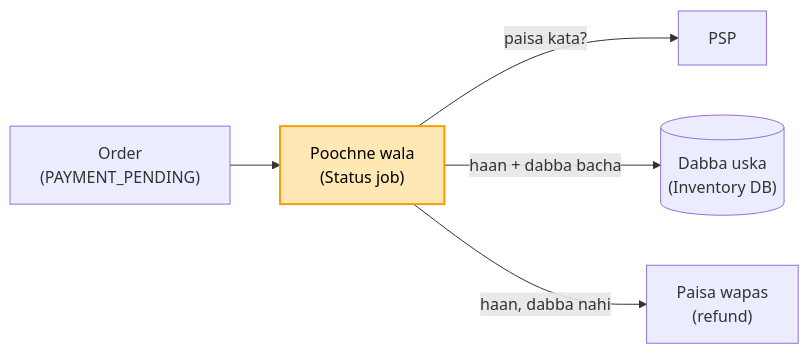
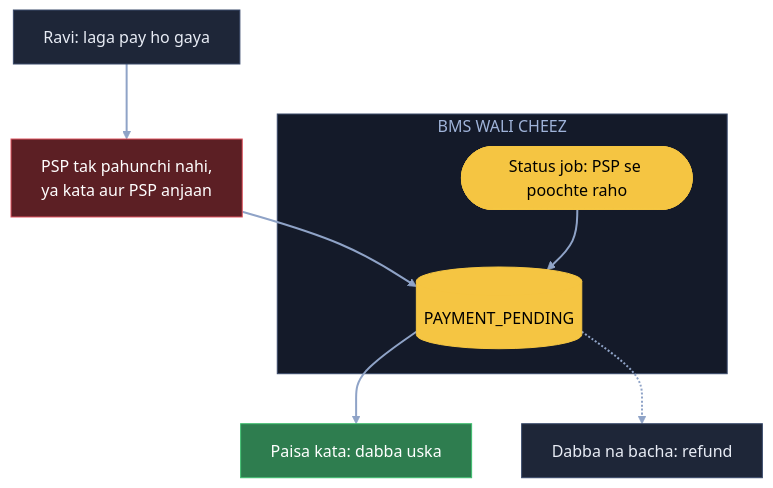
The seventh of 7 diagrams in 04_HLD/SYSTEM_DESIGNS/17_ecommerce/17_ecommerce.md (ArpanMaheshwari144/Prep), drawn with Mermaid before and after one commit. The commit also changed other lines of this file, not shown here.

Commit message:
E-commerce: 7 diagram hand notes ke shabdon se (mausi ka mart, godown / shelf, sale gate)

````diff
--- a/04_HLD/SYSTEM_DESIGNS/17_ecommerce/17_ecommerce.md
+++ b/04_HLD/SYSTEM_DESIGNS/17_ecommerce/17_ecommerce.md
@@ -192,8 +259,22 @@
 ```mermaid
-flowchart LR
-    O["Order<br/>(PAYMENT_PENDING)"] --> J["Poochne wala<br/>(Status job)"]
-    J -- "paisa kata?" --> PSP["PSP"]
-    J -- "haan + dabba bacha" --> D[("Dabba uska<br/>(Inventory DB)")]
-    J -- "haan, dabba nahi" --> RF["Paisa wapas<br/>(refund)"]
-    style J fill:#ffe8b3,stroke:#f59f00,stroke-width:2px,color:#000
+flowchart TB
+    R["Ravi: laga pay ho gaya"]:::card
+    X["PSP tak pahunchi nahi,<br/>ya kata aur PSP anjaan"]:::bad
+    subgraph BM["BMS WALI CHEEZ"]
+        P[("PAYMENT_PENDING")]:::pill
+        J(["Status job: PSP se poochte raho"]):::pill
+    end
+    OK["Paisa kata: dabba uska"]:::good
+    RF["Dabba na bacha: refund"]:::card
+    R --> X
+    X --> P
+    J --> P
+    P --> OK
+    P -.-> RF
+    linkStyle default stroke:#8fa3c7,stroke-width:2px
+    classDef card fill:#1e2638,stroke:#3a4a6b,color:#e8ecf5
+    classDef pill fill:#f5c542,stroke:#f5c542,color:#000
+    classDef good fill:#2e7d4f,stroke:#3fbf6f,color:#fff
+    classDef bad fill:#5c1f24,stroke:#e05561,color:#fff
+    style BM fill:#141a29,stroke:#3a4a6b,color:#9fb3d9
 ```
````
